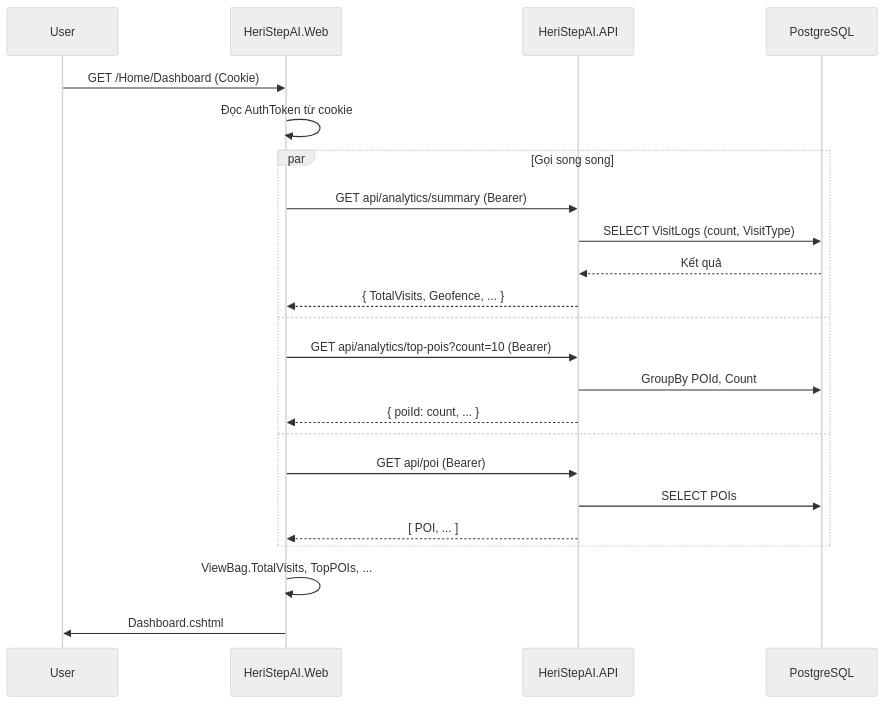
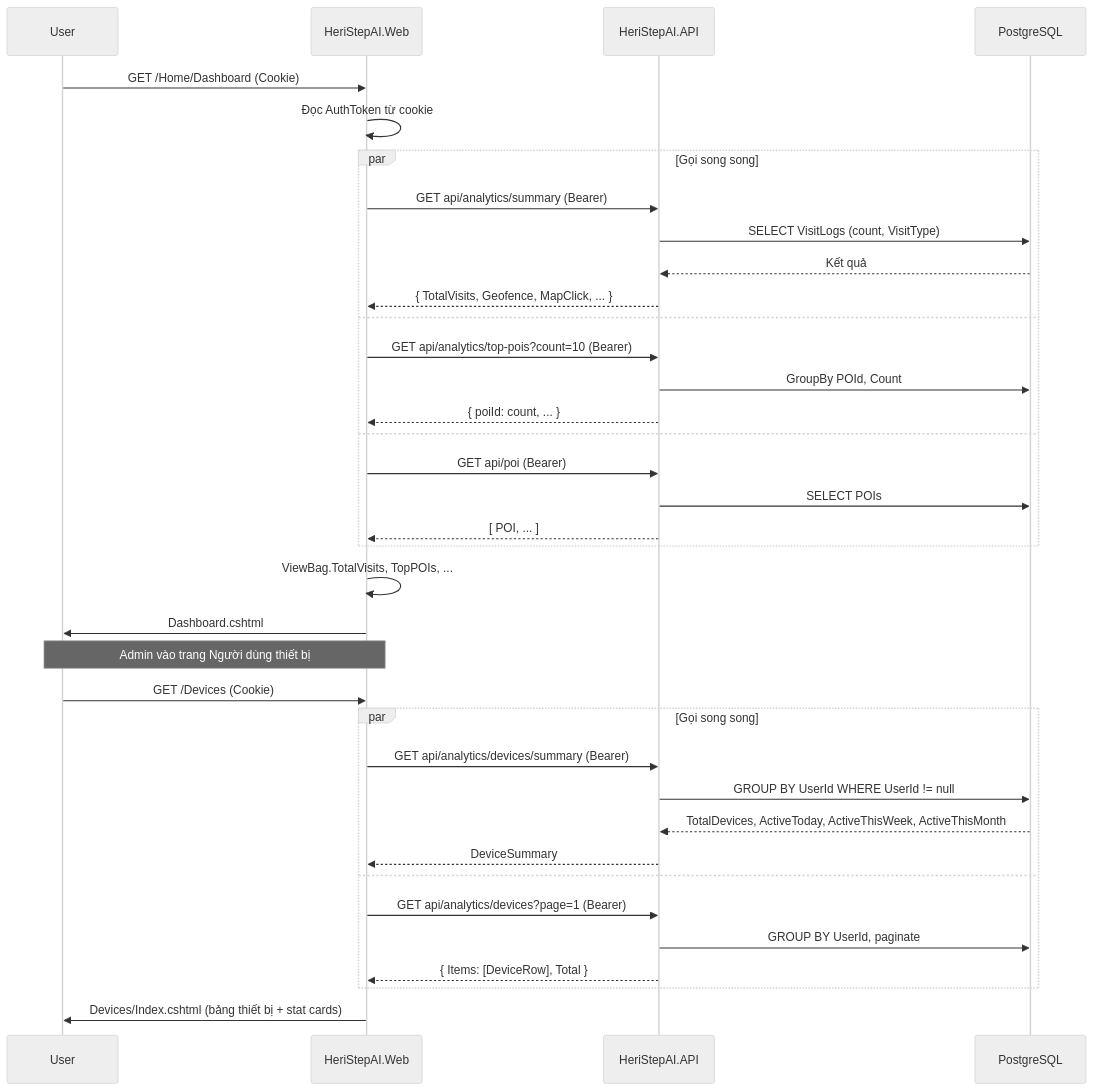
The fourth of 44 diagrams in docs/PRODUCT_REQUIREMENTS.md (KhanhChung2k5/k_tour), drawn with Mermaid (neutral theme) before and after one commit. The commit also changed other lines of this file, not shown here.

````diff
--- a/docs/PRODUCT_REQUIREMENTS.md
+++ b/docs/PRODUCT_REQUIREMENTS.md
@@ -456,26 +461,40 @@
 ```mermaid
 sequenceDiagram
     participant User
     participant Web as HeriStepAI.Web
     participant API as HeriStepAI.API
     participant DB as PostgreSQL
 
     User->>Web: GET /Home/Dashboard (Cookie)
     Web->>Web: Đọc AuthToken từ cookie
     par Gọi song song
         Web->>API: GET api/analytics/summary (Bearer)
         API->>DB: SELECT VisitLogs (count, VisitType)
         DB-->>API: Kết quả
-        API-->>Web: { TotalVisits, Geofence, ... }
+        API-->>Web: { TotalVisits, Geofence, MapClick, ... }
     and
         Web->>API: GET api/analytics/top-pois?count=10 (Bearer)
         API->>DB: GroupBy POId, Count
         API-->>Web: { poiId: count, ... }
     and
         Web->>API: GET api/poi (Bearer)
         API->>DB: SELECT POIs
         API-->>Web: [ POI, ... ]
     end
     Web->>Web: ViewBag.TotalVisits, TopPOIs, ...
     Web->>User: Dashboard.cshtml
+
+    Note over User,Web: Admin vào trang Người dùng thiết bị
+    User->>Web: GET /Devices (Cookie)
+    par Gọi song song
+        Web->>API: GET api/analytics/devices/summary (Bearer)
+        API->>DB: GROUP BY UserId WHERE UserId != null
+        DB-->>API: TotalDevices, ActiveToday, ActiveThisWeek, ActiveThisMonth
+        API-->>Web: DeviceSummary
+    and
+        Web->>API: GET api/analytics/devices?page=1 (Bearer)
+        API->>DB: GROUP BY UserId, paginate
+        API-->>Web: { Items: [DeviceRow], Total }
+    end
+    Web->>User: Devices/Index.cshtml (bảng thiết bị + stat cards)
 ```
````
